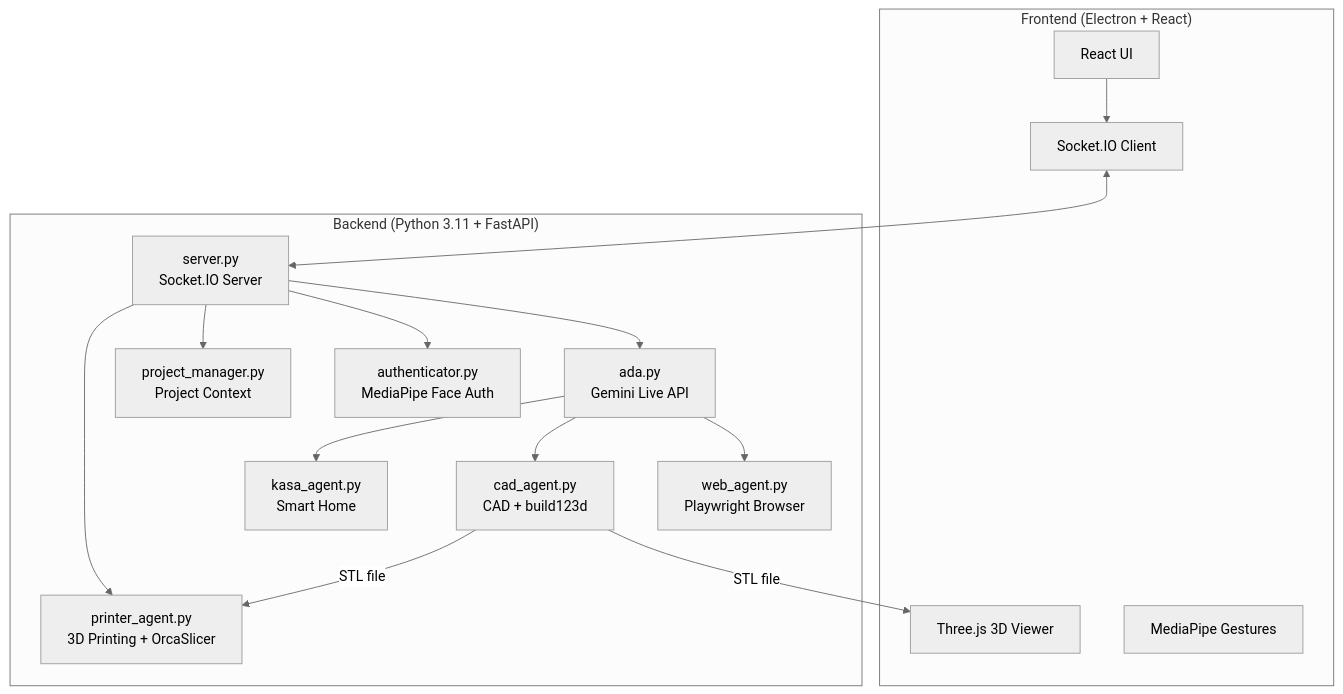
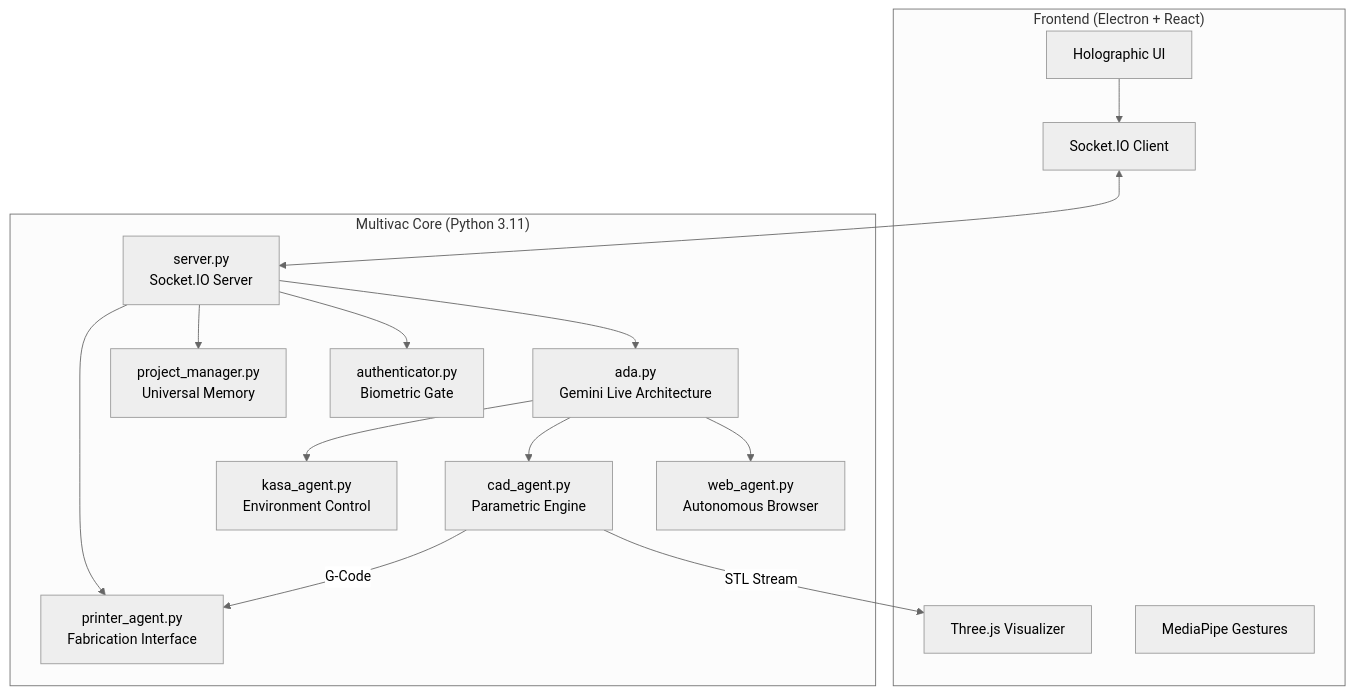
The diagram in README.md (moonassetai/multivac-ai), drawn with Mermaid (neutral theme) before and after one commit. The commit also changed other lines of this file and 8 other files, not shown here.

````diff
--- a/README.md
+++ b/README.md
@@ -44,32 +45,32 @@
 ```mermaid
 graph TB
     subgraph Frontend ["Frontend (Electron + React)"]
-        UI[React UI]
-        THREE[Three.js 3D Viewer]
+        UI[Holographic UI]
+        THREE[Three.js Visualizer]
         GESTURE[MediaPipe Gestures]
         SOCKET_C[Socket.IO Client]
     end
     
-    subgraph Backend ["Backend (Python 3.11 + FastAPI)"]
+    subgraph Core ["Multivac Core (Python 3.11)"]
         SERVER[server.py<br/>Socket.IO Server]
-        ADA[ada.py<br/>Gemini Live API]
-        WEB[web_agent.py<br/>Playwright Browser]
-        CAD[cad_agent.py<br/>CAD + build123d]
-        PRINTER[printer_agent.py<br/>3D Printing + OrcaSlicer]
-        KASA[kasa_agent.py<br/>Smart Home]
-        AUTH[authenticator.py<br/>MediaPipe Face Auth]
-        PM[project_manager.py<br/>Project Context]
+        BRAIN[ada.py<br/>Gemini Live Architecture]
+        WEB[web_agent.py<br/>Autonomous Browser]
+        CAD[cad_agent.py<br/>Parametric Engine]
+        PRINTER[printer_agent.py<br/>Fabrication Interface]
+        KASA[kasa_agent.py<br/>Environment Control]
+        AUTH[authenticator.py<br/>Biometric Gate]
+        PM[project_manager.py<br/>Universal Memory]
     end
     
     UI --> SOCKET_C
     SOCKET_C <--> SERVER
-    SERVER --> ADA
-    ADA --> WEB
-    ADA --> CAD
-    ADA --> KASA
+    SERVER --> BRAIN
+    BRAIN --> WEB
+    BRAIN --> CAD
+    BRAIN --> KASA
     SERVER --> AUTH
     SERVER --> PM
     SERVER --> PRINTER
-    CAD -->|STL file| THREE
-    CAD -->|STL file| PRINTER
+    CAD -->|STL Stream| THREE
+    CAD -->|G-Code| PRINTER
 ```
````
